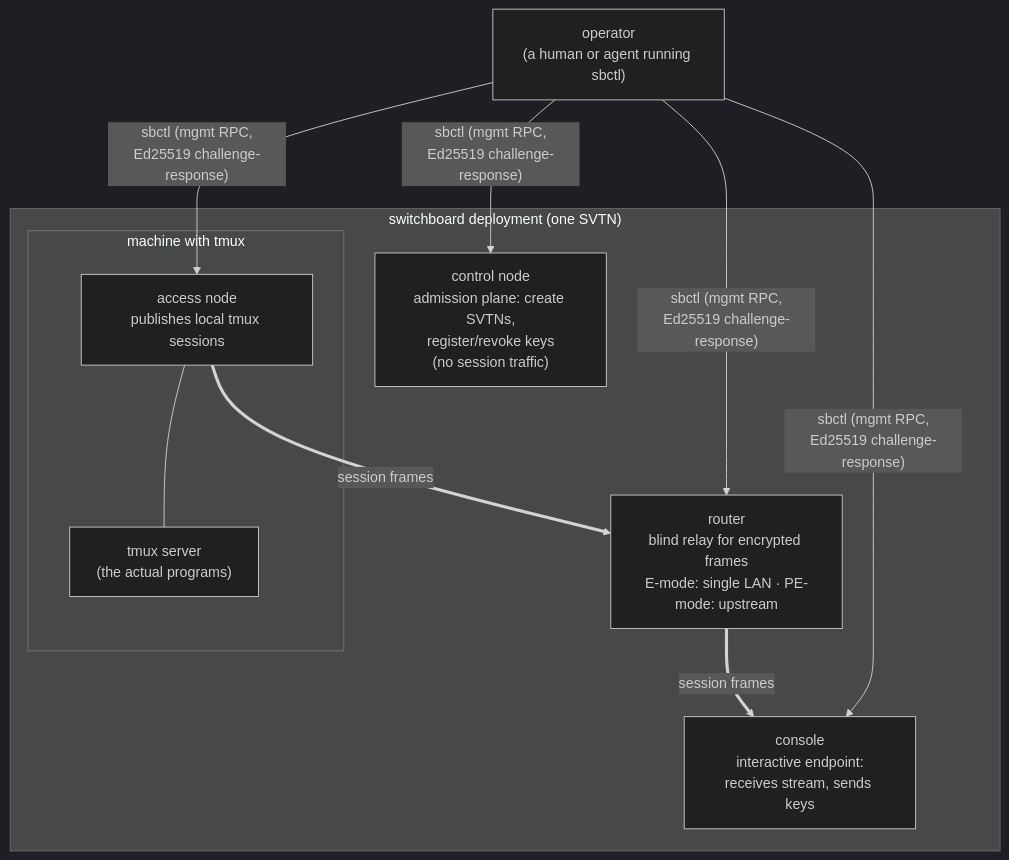
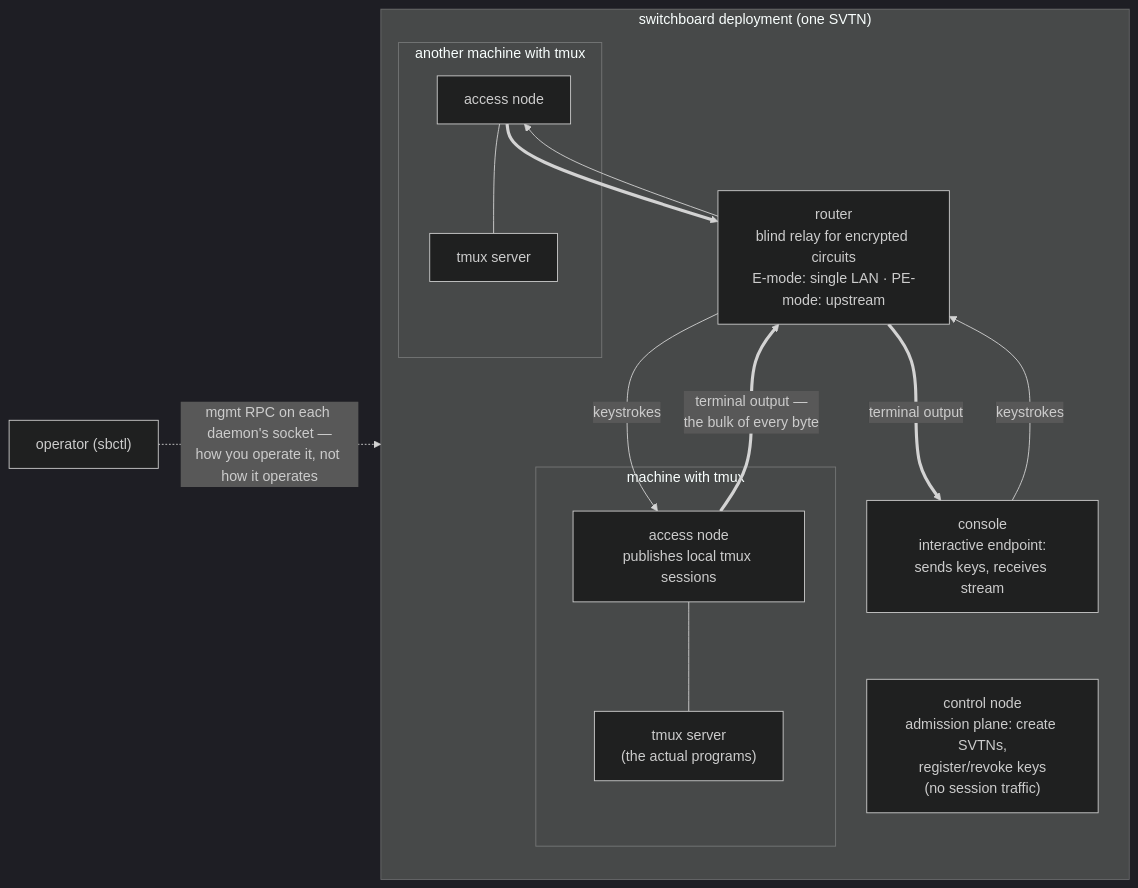
The diagram in examples/README.md (ArcavenAE/switchboard-blue), drawn with Mermaid (dark theme) before and after one commit. The commit also changed other lines of this file and 9 other files, not shown here.

First line of the commit message:
docs(diagrams): network view first — data plane and trust split lead, sbctl demoted to ground level (#117)

````diff
--- a/examples/README.md
+++ b/examples/README.md
@@ -52,19 +52,22 @@
 ```mermaid
-graph TB
-    OP["operator<br/>(a human or agent running sbctl)"]
-
+graph LR
     subgraph plane["switchboard deployment (one SVTN)"]
-        CT["control node<br/>admission plane: create SVTNs,<br/>register/revoke keys<br/>(no session traffic)"]
-        R["router<br/>blind relay for encrypted frames<br/>E-mode: single LAN · PE-mode: upstream"]
-        subgraph host["machine with tmux"]
+        CN["console<br/>interactive endpoint:<br/>sends keys, receives stream"]
+        R["router<br/>blind relay for encrypted circuits<br/>E-mode: single LAN · PE-mode: upstream"]
+        subgraph host1["machine with tmux"]
             AN["access node<br/>publishes local tmux sessions"]
             TM["tmux server<br/>(the actual programs)"]
             AN --- TM
         end
-        CN["console<br/>interactive endpoint:<br/>receives stream, sends keys"]
+        subgraph host2["another machine with tmux"]
+            AN2["access node"] --- TM2["tmux server"]
+        end
+        CT["control node<br/>admission plane: create SVTNs,<br/>register/revoke keys<br/>(no session traffic)"]
     end
 
-    OP -- "sbctl (mgmt RPC,<br/>Ed25519 challenge-response)" --> CT & R & AN & CN
-    AN == "session frames" ==> R
-    R == "session frames" ==> CN
+    CN -- "keystrokes" --> R -- "keystrokes" --> AN
+    AN == "terminal output —<br/>the bulk of every byte" ==> R == "terminal output" ==> CN
+    R --> AN2
+    AN2 ==> R
+    OP["operator (sbctl)"] -. "mgmt RPC on each daemon's socket —<br/>how you operate it, not how it operates" .-> plane
 ```
````
